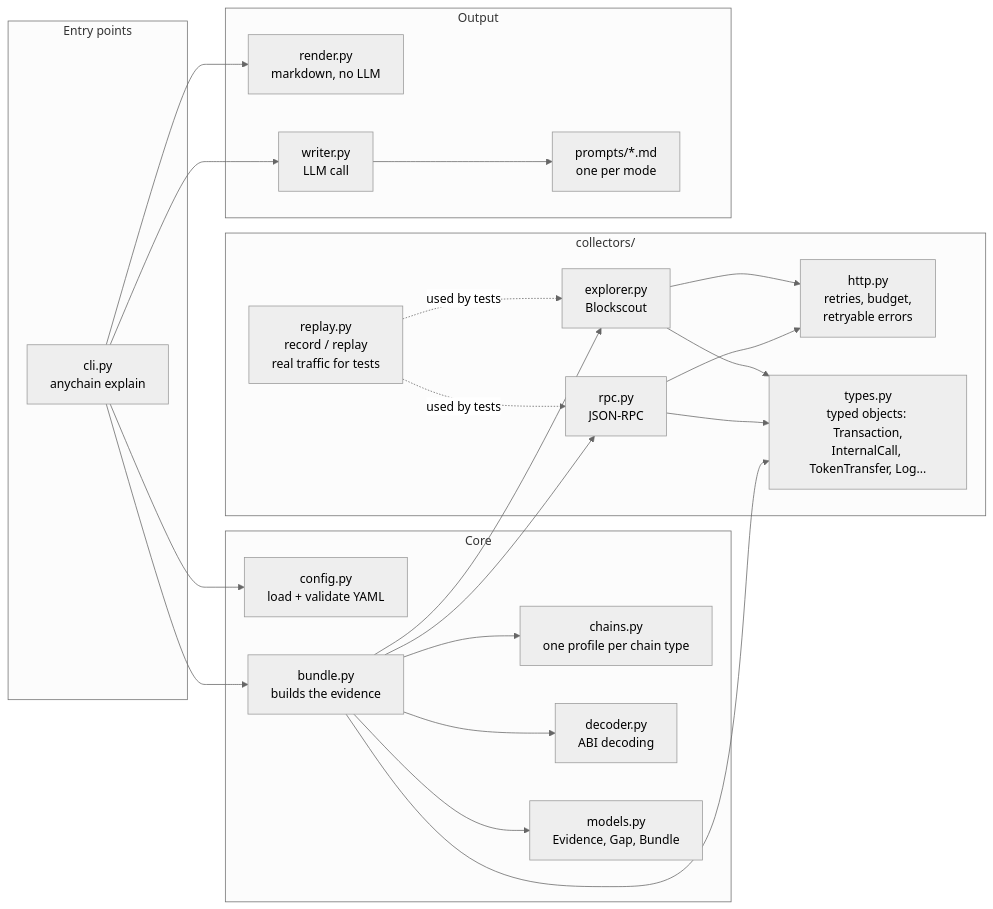
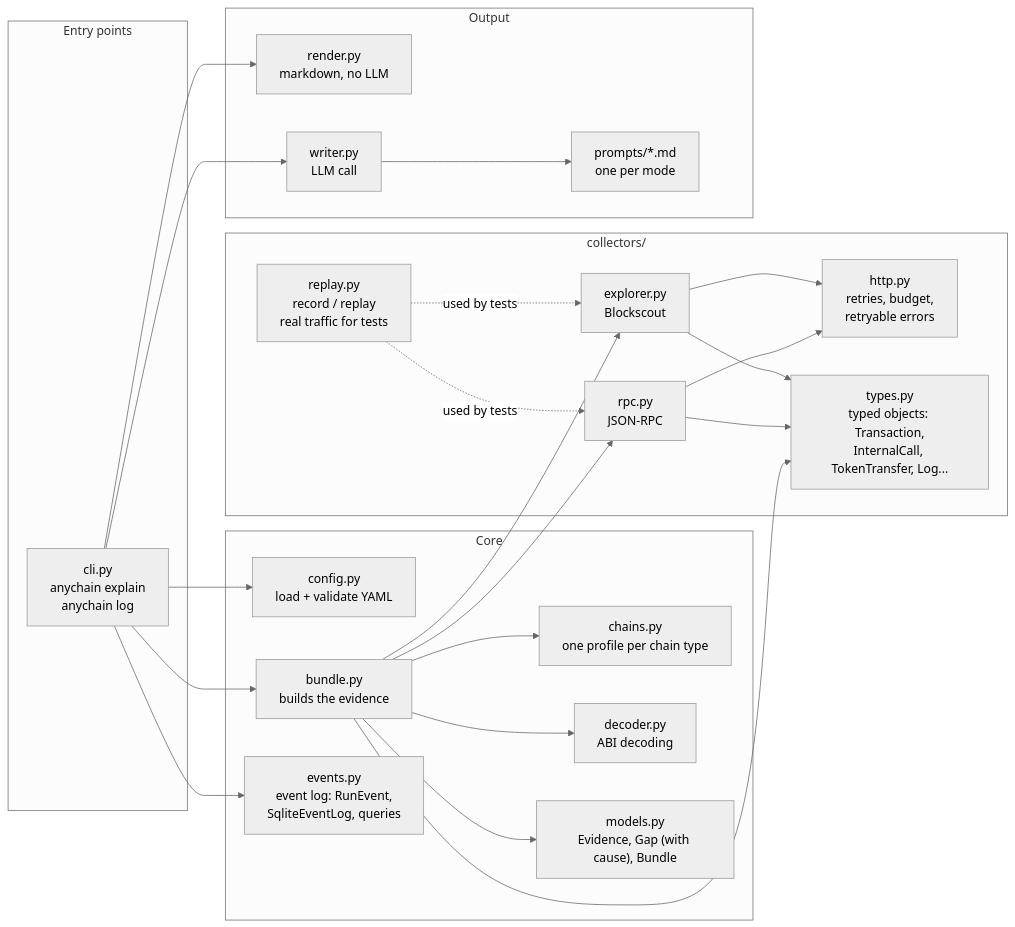
Before and after one commit to Ebaoj/anychain: the third of 5 diagrams in docs/ARCHITECTURE.md, drawn with Mermaid (neutral theme). The commit also changed other lines of this file and 42 other files, not shown here.

First line of the commit message:
Event log with a cause on every gap; zkSync L1 status confirmed by the node, never asserted from the explorer

````diff
--- a/docs/ARCHITECTURE.md
+++ b/docs/ARCHITECTURE.md
@@ -116,46 +120,48 @@
 ```mermaid
 flowchart LR
     subgraph entry["Entry points"]
-        cli["cli.py<br/>anychain explain"]
+        cli["cli.py<br/>anychain explain<br/>anychain log"]
     end
 
     subgraph core["Core"]
         config["config.py<br/>load + validate YAML"]
         chains["chains.py<br/>one profile per chain type"]
         bundle["bundle.py<br/>builds the evidence"]
         decoder["decoder.py<br/>ABI decoding"]
-        models["models.py<br/>Evidence, Gap, Bundle"]
+        models["models.py<br/>Evidence, Gap (with cause), Bundle"]
+        events["events.py<br/>event log: RunEvent,<br/>SqliteEventLog, queries"]
     end
 
     subgraph collectors["collectors/"]
         http["http.py<br/>retries, budget,<br/>retryable errors"]
         types["types.py<br/>typed objects: Transaction,<br/>InternalCall, TokenTransfer, Log..."]
         explorer["explorer.py<br/>Blockscout"]
         rpc["rpc.py<br/>JSON-RPC"]
         replay["replay.py<br/>record / replay<br/>real traffic for tests"]
     end
 
     subgraph output["Output"]
         render["render.py<br/>markdown, no LLM"]
         writer["writer.py<br/>LLM call"]
         prompts["prompts/*.md<br/>one per mode"]
     end
 
     cli --> config
     cli --> bundle
     cli --> render
     cli --> writer
+    cli --> events
     bundle --> explorer
     bundle --> rpc
     bundle --> decoder
     bundle --> models
     bundle --> chains
     explorer --> http
     rpc --> http
     explorer --> types
     rpc --> types
     bundle --> types
     writer --> prompts
     replay -.used by tests.-> explorer
     replay -.used by tests.-> rpc
 ```
````
